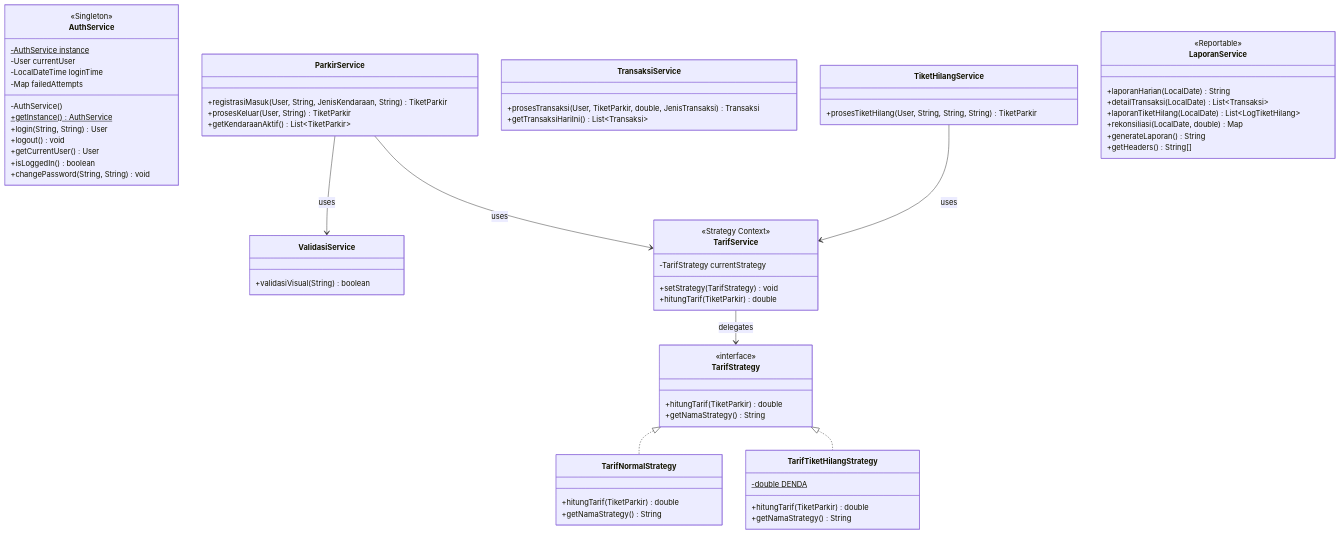
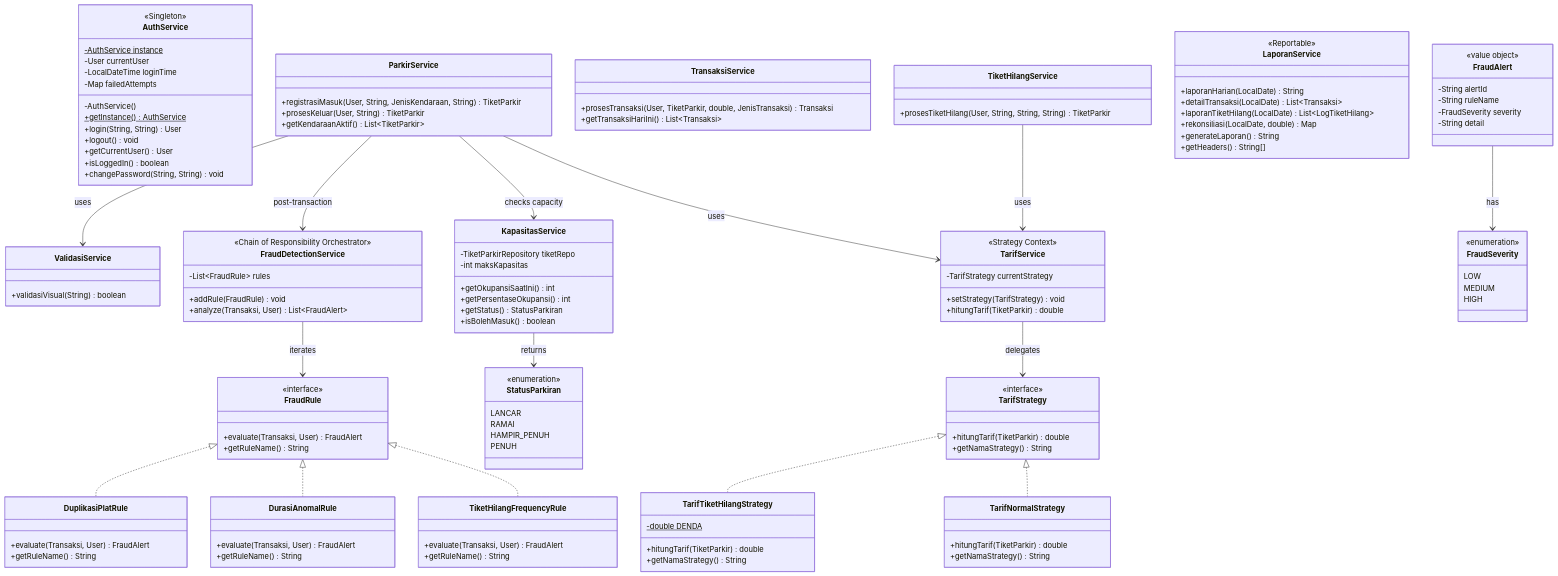
Before and after one commit to poggufanz/mkk-app: the third of 12 diagrams in docs/2-TECHNICAL/teknis-diagram.md, drawn with Mermaid. The commit also changed other lines of this file and 11 other files, not shown here.

````diff
--- a/docs/2-TECHNICAL/teknis-diagram.md
+++ b/docs/2-TECHNICAL/teknis-diagram.md
@@ -809,10 +915,78 @@
         +getNamaStrategy() String
     }
 
+    class KapasitasService {
+        -TiketParkirRepository tiketRepo
+        -int maksKapasitas
+        +getOkupansiSaatIni() int
+        +getPersentaseOkupansi() int
+        +getStatus() StatusParkiran
+        +isBolehMasuk() boolean
+    }
+
+    class StatusParkiran {
+        <<enumeration>>
+        LANCAR
+        RAMAI
+        HAMPIR_PENUH
+        PENUH
+    }
+
+    class FraudRule {
+        <<interface>>
+        +evaluate(Transaksi, User) FraudAlert
+        +getRuleName() String
+    }
+
+    class FraudDetectionService {
+        <<Chain of Responsibility Orchestrator>>
+        -List~FraudRule~ rules
+        +addRule(FraudRule) void
+        +analyze(Transaksi, User) List~FraudAlert~
+    }
+
+    class TiketHilangFrequencyRule {
+        +evaluate(Transaksi, User) FraudAlert
+        +getRuleName() String
+    }
+
+    class DurasiAnomalRule {
+        +evaluate(Transaksi, User) FraudAlert
+        +getRuleName() String
+    }
+
+    class DuplikasiPlatRule {
+        +evaluate(Transaksi, User) FraudAlert
+        +getRuleName() String
+    }
+
+    class FraudAlert {
+        <<value object>>
+        -String alertId
+        -String ruleName
+        -FraudSeverity severity
+        -String detail
+    }
+
+    class FraudSeverity {
+        <<enumeration>>
+        LOW
+        MEDIUM
+        HIGH
+    }
+
     TarifService --> TarifStrategy : delegates
     TarifStrategy <|.. TarifNormalStrategy
     TarifStrategy <|.. TarifTiketHilangStrategy
     ParkirService --> TarifService : uses
     ParkirService --> ValidasiService : uses
     TiketHilangService --> TarifService : uses
+    ParkirService --> KapasitasService : checks capacity
+    KapasitasService --> StatusParkiran : returns
+    ParkirService --> FraudDetectionService : post-transaction
+    FraudDetectionService --> FraudRule : iterates
+    FraudRule <|.. TiketHilangFrequencyRule
+    FraudRule <|.. DurasiAnomalRule
+    FraudRule <|.. DuplikasiPlatRule
+    FraudAlert --> FraudSeverity : has
 ```
````
